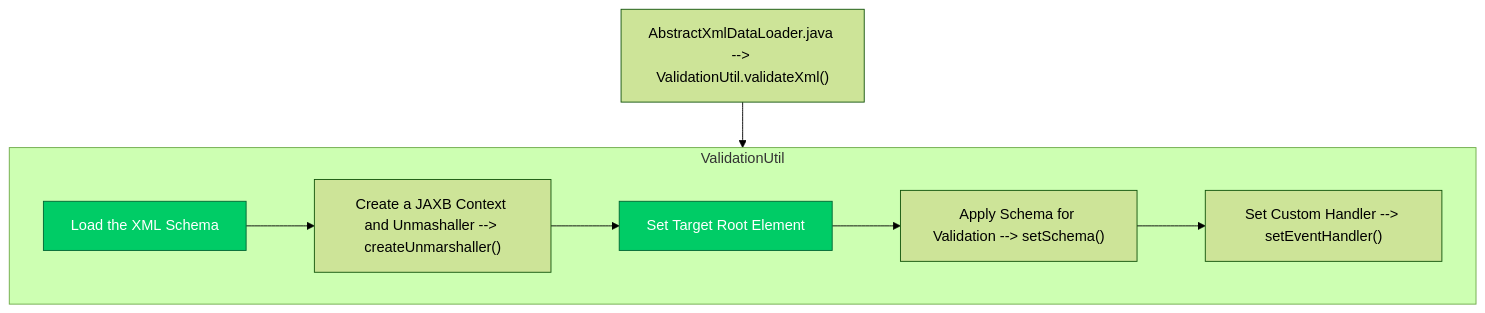
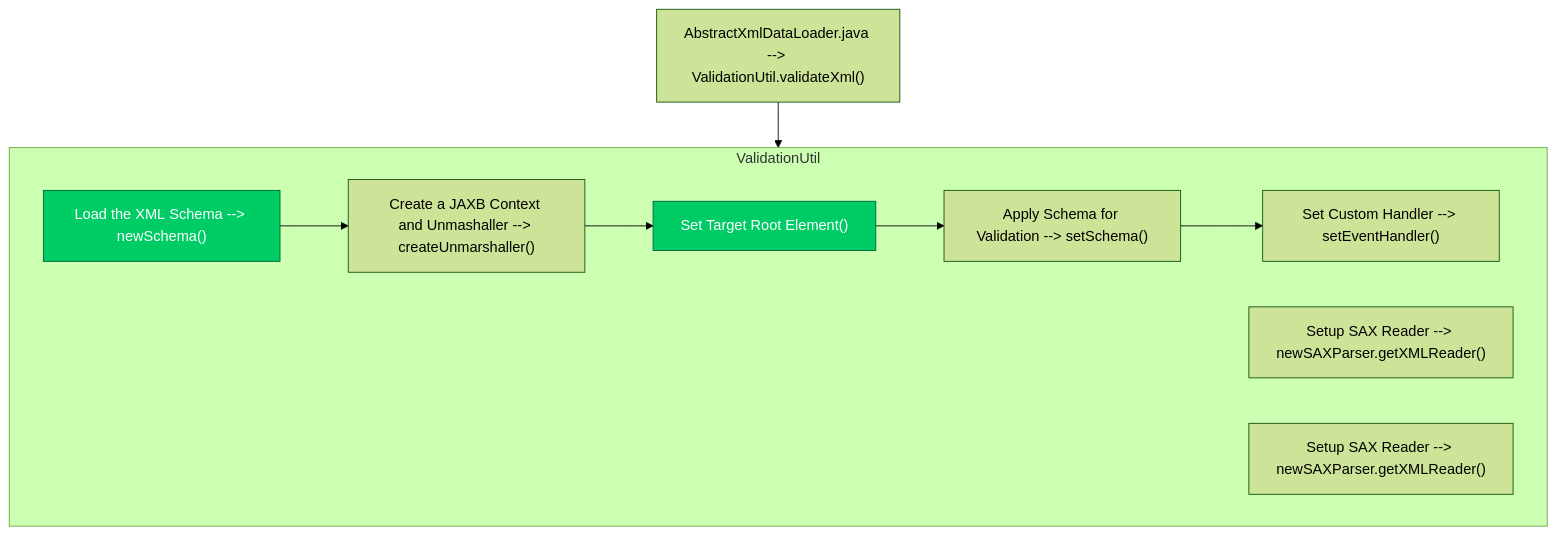
Before and after one commit to luthfiadityaa/SimeDarby-Wiki: the eighth of 8 diagrams in Basic-Design/Host-Interfaces.md, drawn with Mermaid (forest theme).

Commit message:
Updated Host Interfaces

```diff
--- a/Basic-Design/Host-Interfaces.md
+++ b/Basic-Design/Host-Interfaces.md
@@ -637,19 +637,21 @@
 ::: mermaid
 flowchart TD
  C1["AbstractXmlDataLoader.java --> ValidationUtil.validateXml()"]
  C1 --> ValidationUtil
 
 subgraph ValidationUtil
  C2 --> C3 --> C4 --> C5 --> C6
- C2["Load the XML Schema"]
+ C2["Load the XML Schema --> newSchema()"]
  C3["Create a JAXB Context and Unmashaller --> createUnmarshaller()"]
- C4["Set Target Root Element"]
+ C4["Set Target Root Element()"]
  C5["Apply Schema for Validation --> setSchema()"]
  C6["Set Custom Handler --> setEventHandler()"]
+ C7["Setup SAX Reader --> newSAXParser.getXMLReader()"]
+ C8["Setup SAX Reader --> newSAXParser.getXMLReader()"]
 end
 
 click C2 "https://dev.azure.com/Daifuku-SW/ID_SimeDarbyPlantation/_wiki/wikis/ID_SimeDarbyPlantation.wiki/833/Host-Interfaces?anchor=stage-5"
 click C4 "https://dev.azure.com/Daifuku-SW/ID_SimeDarbyPlantation/_wiki/wikis/ID_SimeDarbyPlantation.wiki/833/Host-Interfaces?anchor=stage-4"
 style C2 fill:#00cc66,stroke:#006633,color:#ffffff
 style C4 fill:#00cc66,stroke:#006633,color:#ffffff
 :::
```
